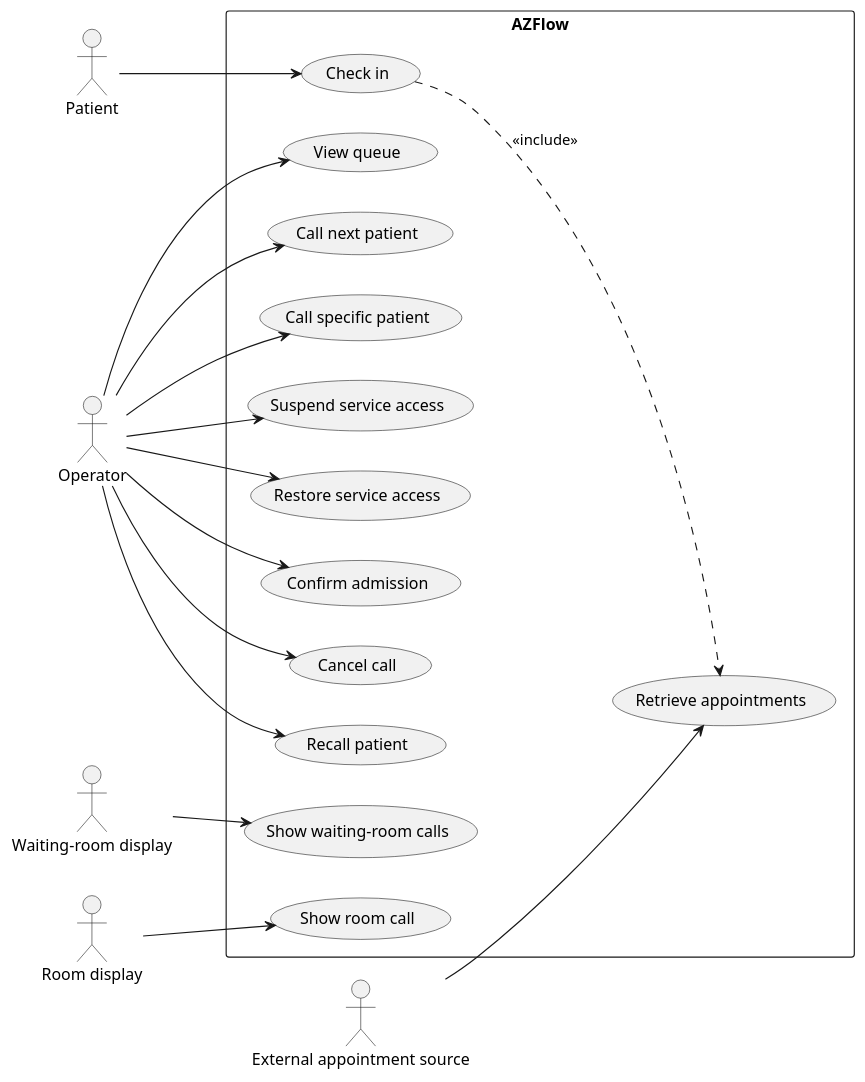
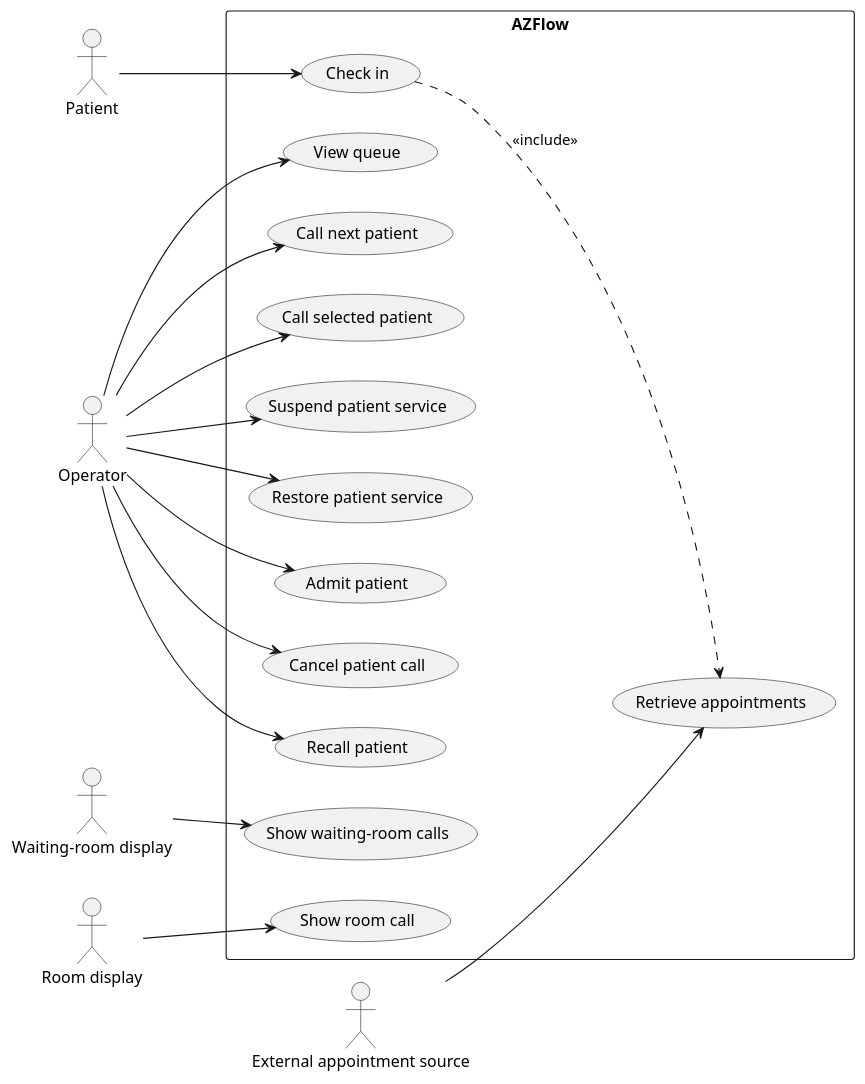
Before and after one commit to unibo-dtm-se-2526-AZFlow/report: the diagram in pictures/plantuml/requirements-use-cases.puml, drawn with PlantUML. The commit also changed 2 other files, not shown here.

```diff
--- a/pictures/plantuml/requirements-use-cases.puml
+++ b/pictures/plantuml/requirements-use-cases.puml
@@ -1,40 +1,40 @@
 @startuml
 left to right direction
 
 actor Patient
 actor Operator
 actor "External appointment source" as AppointmentSource
 actor "Waiting-room display" as WaitingDisplay
 actor "Room display" as RoomDisplay
 
 rectangle AZFlow {
     usecase "Check in" as CheckIn
     usecase "Retrieve appointments" as RetrieveAppointments
     usecase "View queue" as ViewQueue
     usecase "Call next patient" as CallNext
-    usecase "Call specific patient" as CallSpecific
-    usecase "Suspend service access" as Suspend
-    usecase "Restore service access" as Restore
-    usecase "Confirm admission" as Admit
-    usecase "Cancel call" as Cancel
+    usecase "Call selected patient" as CallSpecific
+    usecase "Suspend patient service" as Suspend
+    usecase "Restore patient service" as Restore
+    usecase "Admit patient" as Admit
+    usecase "Cancel patient call" as Cancel
     usecase "Recall patient" as Recall
     usecase "Show waiting-room calls" as ShowWaiting
     usecase "Show room call" as ShowRoom
 }
 
 Patient --> CheckIn
 CheckIn ..> RetrieveAppointments : <<include>>
 AppointmentSource --> RetrieveAppointments
 
 Operator --> ViewQueue
 Operator --> CallNext
 Operator --> CallSpecific
 Operator --> Suspend
 Operator --> Restore
 Operator --> Admit
 Operator --> Cancel
 Operator --> Recall
 
 WaitingDisplay --> ShowWaiting
 RoomDisplay --> ShowRoom
 @enduml
```
